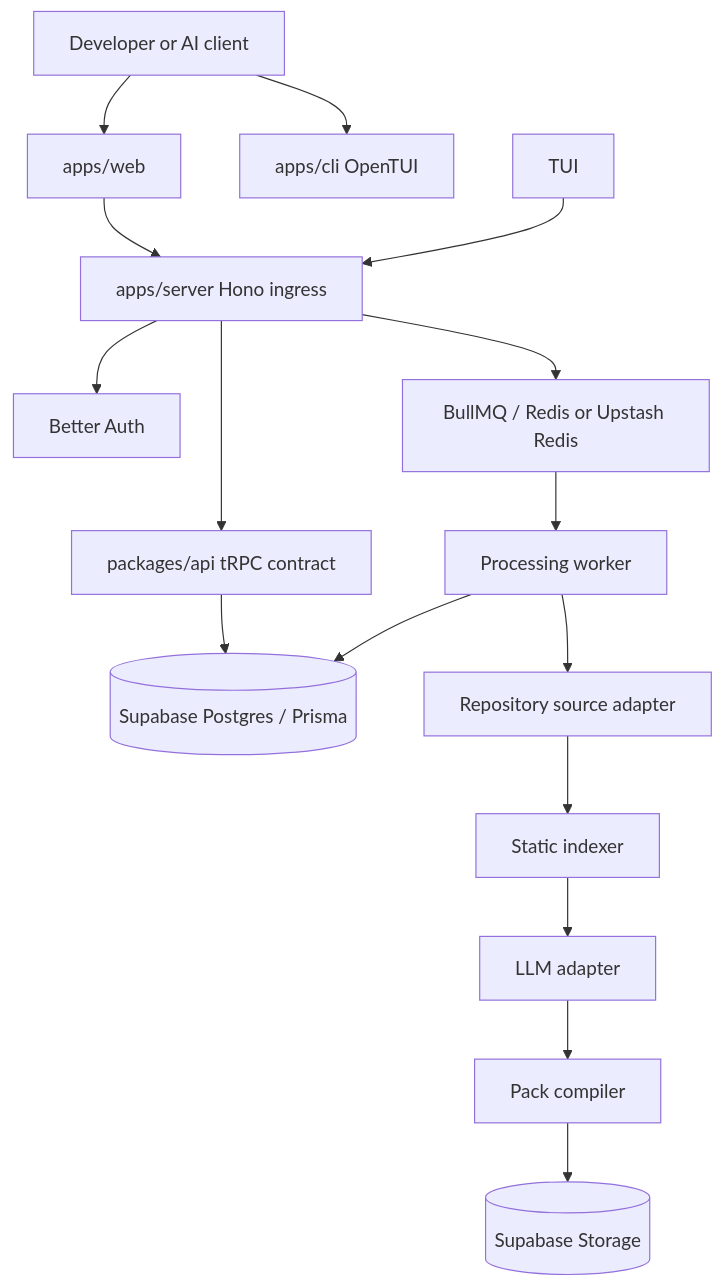
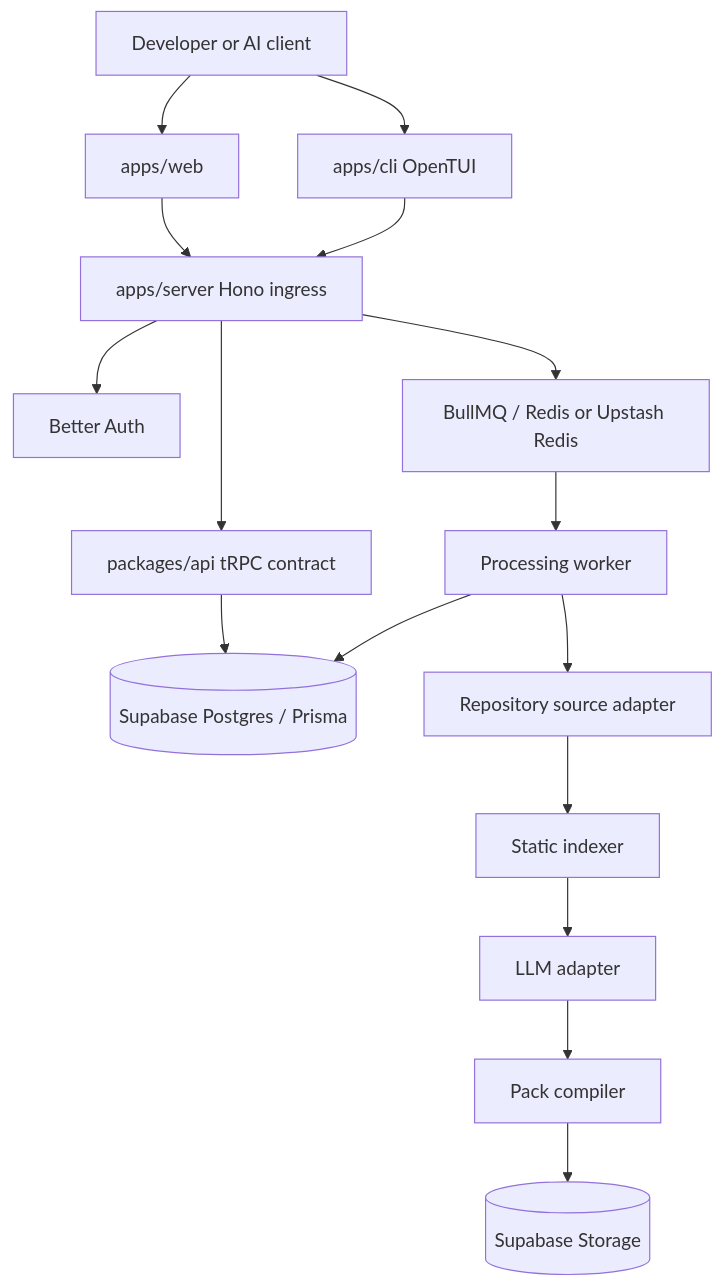
The diagram in docs/TA.md (JustineDevs/gitleap), drawn with Mermaid before and after one commit. The commit also changed other lines of this file and 8 other files, not shown here.

````diff
--- a/docs/TA.md
+++ b/docs/TA.md
@@ -102,28 +100,28 @@
 ```mermaid
 flowchart TD
   User[Developer or AI client]
   Web[apps/web]
   CLI[apps/cli OpenTUI]
   Ingress[apps/server Hono ingress]
   Contract[packages/api tRPC contract]
   Auth[Better Auth]
   DB[(Supabase Postgres / Prisma)]
   Queue[BullMQ / Redis or Upstash Redis]
   Worker[Processing worker]
   Source[Repository source adapter]
   Index[Static indexer]
   Model[LLM adapter]
   Compiler[Pack compiler]
   Storage[(Supabase Storage)]
   User --> Web
   User --> CLI
   Web --> Ingress
-  TUI --> Ingress
+  CLI --> Ingress
   Ingress --> Contract
   Ingress --> Auth
   Contract --> DB
   Ingress --> Queue
   Queue --> Worker
   Worker --> Source --> Index --> Model --> Compiler --> Storage
   Worker --> DB
 ```
````
